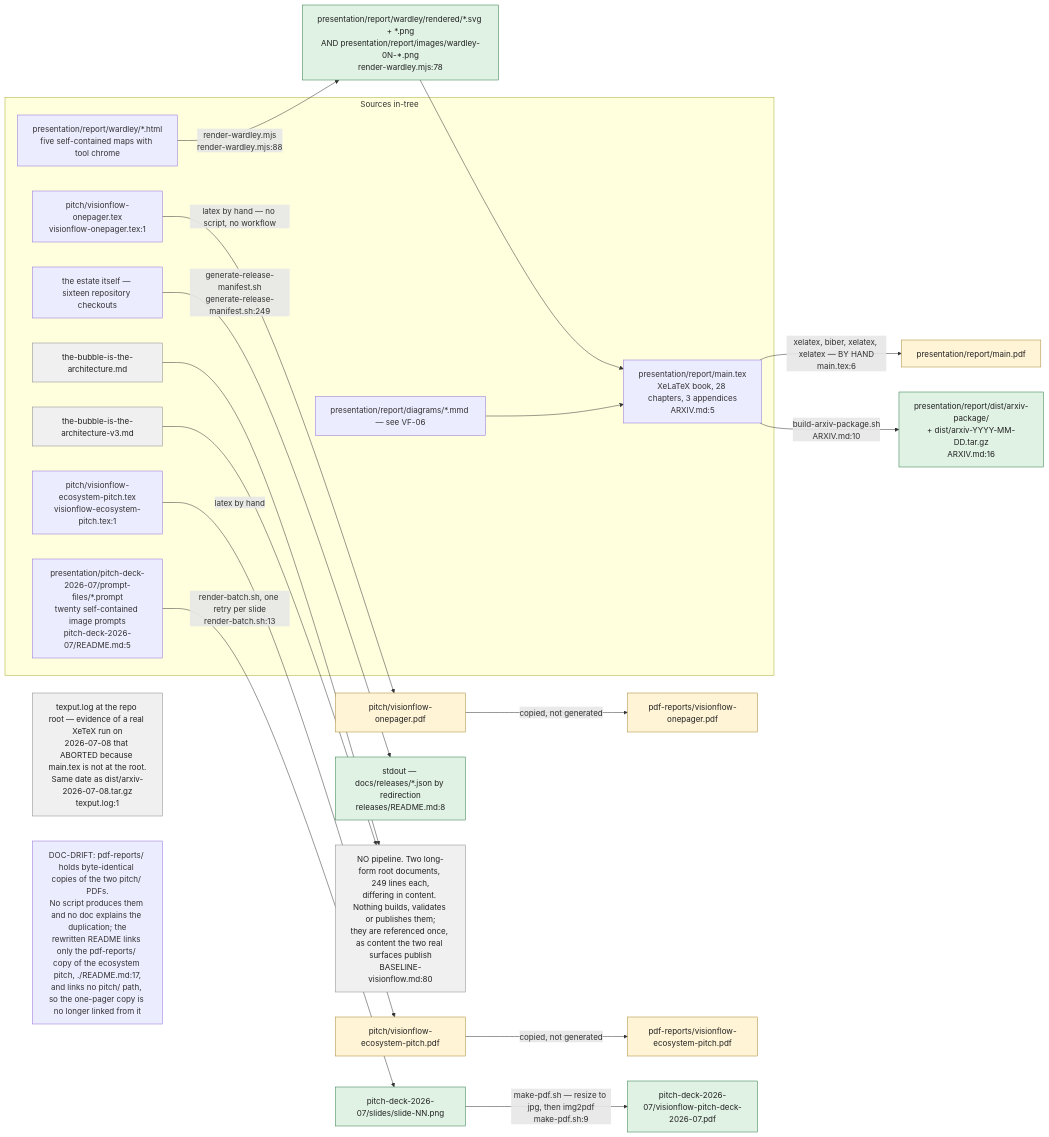
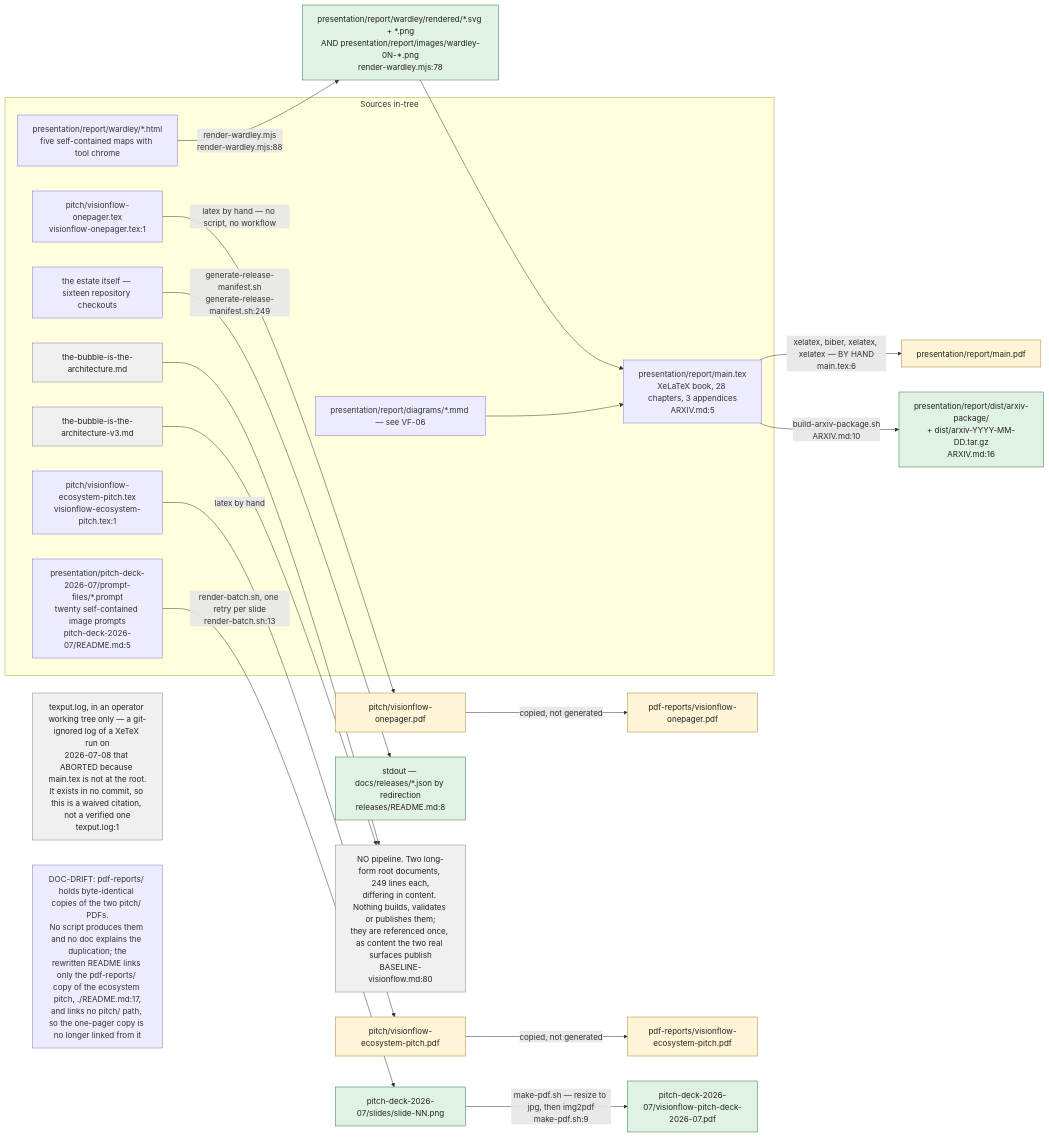
Before and after one commit to DreamLab-AI/VisionFlow: the first of 11 diagrams in docs/diagrams/visionflow/07-pitch-presentation-reports.md, drawn with Mermaid. The commit also changed other lines of this file and 91 other files, not shown here.

````diff
--- a/docs/diagrams/visionflow/07-pitch-presentation-reports.md
+++ b/docs/diagrams/visionflow/07-pitch-presentation-reports.md
@@ -37,41 +39,41 @@
 ```mermaid
 flowchart LR
     classDef auto fill:#e0f2e4,stroke:#2f7a45,color:#222
     classDef manual fill:#fff4d6,stroke:#aa8833,color:#222
     classDef content fill:#f0f0f0,stroke:#888,color:#222
 
     subgraph SRC["Sources in-tree"]
         R1["presentation/report/main.tex<br/>XeLaTeX book, 28 chapters, 3 appendices<br/>ARXIV.md:5"]
         R2["presentation/report/wardley/*.html<br/>five self-contained maps with tool chrome"]
         R3["presentation/report/diagrams/*.mmd — see VF-06"]
         P1["pitch/visionflow-onepager.tex<br/>visionflow-onepager.tex:1"]
         P2["pitch/visionflow-ecosystem-pitch.tex<br/>visionflow-ecosystem-pitch.tex:1"]
         D1["presentation/pitch-deck-2026-07/prompt-files/*.prompt<br/>twenty self-contained image prompts<br/>pitch-deck-2026-07/README.md:5"]
         B1["the-bubble-is-the-architecture.md"]:::content
         B2["the-bubble-is-the-architecture-v3.md"]:::content
         RM["the estate itself — sixteen repository checkouts"]
     end
 
     R2 -->|"render-wardley.mjs<br/>render-wardley.mjs:88"| O2["presentation/report/wardley/rendered/*.svg + *.png<br/>AND presentation/report/images/wardley-0N-*.png<br/>render-wardley.mjs:78"]:::auto
     O2 --> R1
     R3 --> R1
     R1 -->|"xelatex, biber, xelatex, xelatex — BY HAND<br/>main.tex:6"| O1["presentation/report/main.pdf"]:::manual
     R1 -->|"build-arxiv-package.sh<br/>ARXIV.md:10"| O3["presentation/report/dist/arxiv-package/<br/>+ dist/arxiv-YYYY-MM-DD.tar.gz<br/>ARXIV.md:16"]:::auto
 
     P1 -->|"latex by hand — no script, no workflow"| O4["pitch/visionflow-onepager.pdf"]:::manual
     P2 -->|"latex by hand"| O5["pitch/visionflow-ecosystem-pitch.pdf"]:::manual
     O4 -->|"copied, not generated"| O6["pdf-reports/visionflow-onepager.pdf"]:::manual
     O5 -->|"copied, not generated"| O7["pdf-reports/visionflow-ecosystem-pitch.pdf"]:::manual
 
     D1 -->|"render-batch.sh, one retry per slide<br/>render-batch.sh:13"| O8["pitch-deck-2026-07/slides/slide-NN.png"]:::auto
     O8 -->|"make-pdf.sh — resize to jpg, then img2pdf<br/>make-pdf.sh:9"| O9["pitch-deck-2026-07/visionflow-pitch-deck-2026-07.pdf"]:::auto
 
     RM -->|"generate-release-manifest.sh<br/>generate-release-manifest.sh:249"| O10["stdout — docs/releases/*.json by redirection<br/>releases/README.md:8"]:::auto
 
     B1 --> NOP["NO pipeline. Two long-form root documents, 249 lines each,<br/>differing in content. Nothing builds, validates or publishes them;<br/>they are referenced once, as content the two real surfaces publish<br/>BASELINE-visionflow.md:80"]:::content
     B2 --> NOP
 
-    ORPH["texput.log at the repo root — evidence of a real XeTeX run on<br/>2026-07-08 that ABORTED because main.tex is not at the root.<br/>Same date as dist/arxiv-2026-07-08.tar.gz<br/>texput.log:1"]:::content
+    ORPH["texput.log, in an operator working tree only — a git-ignored log of a XeTeX run on<br/>2026-07-08 that ABORTED because main.tex is not at the root.<br/>It exists in no commit, so this is a waived citation, not a verified one<br/>texput.log:1"]:::content
 
     NOTE["DOC-DRIFT: pdf-reports/ holds byte-identical copies of the two pitch/ PDFs.<br/>No script produces them and no doc explains the duplication; the<br/>rewritten README links only the pdf-reports/ copy of the ecosystem pitch, ./README.md:17,<br/>and links no pitch/ path, so the one-pager copy is no longer linked from it"]
 ```
````
